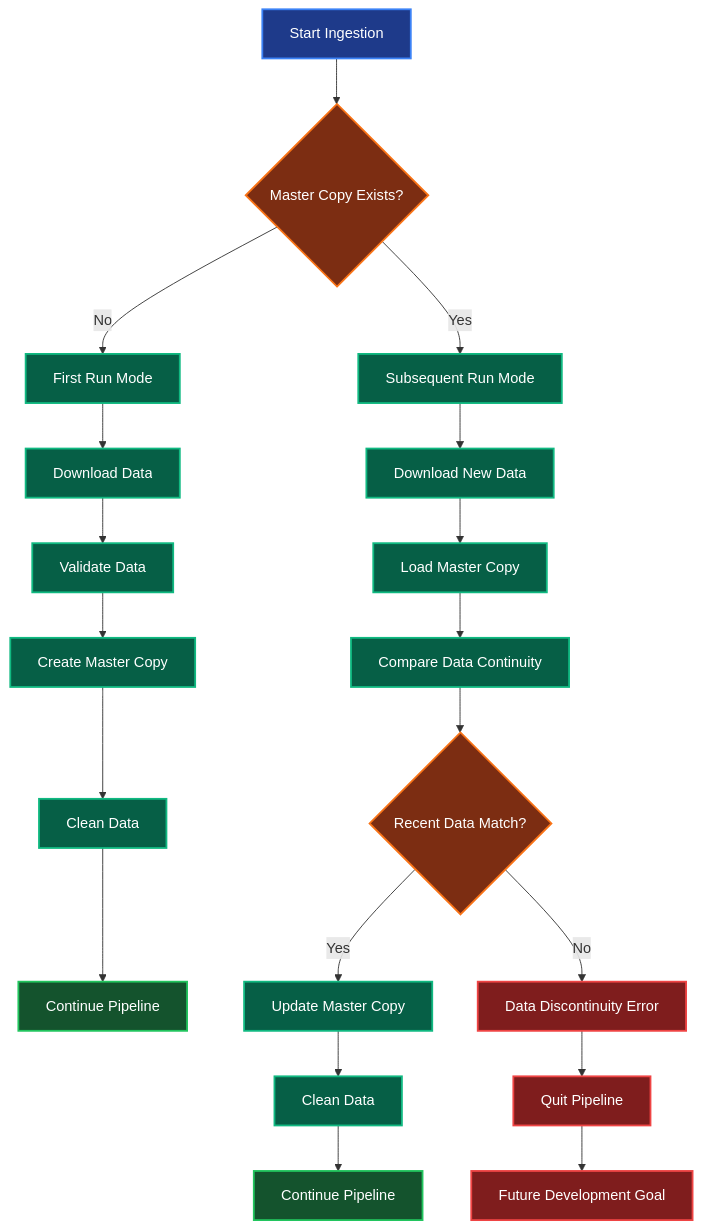
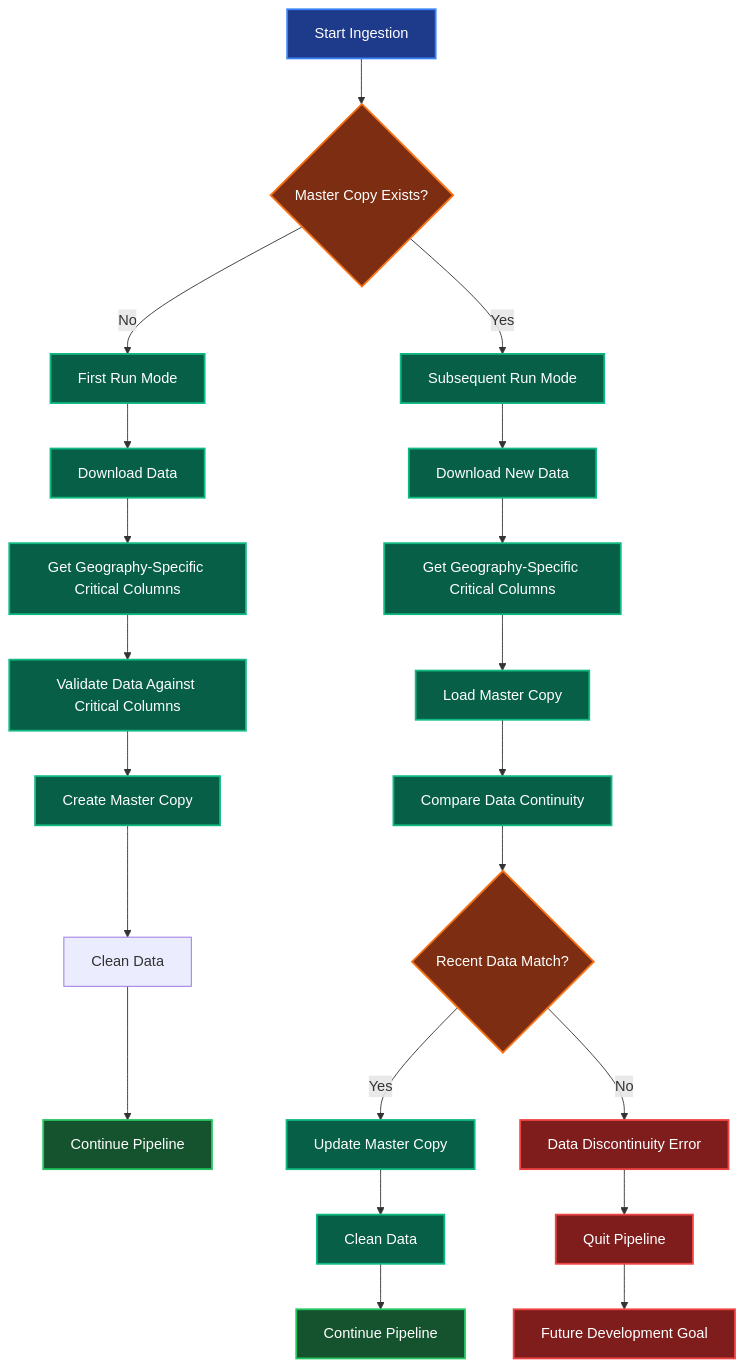
The first of 8 diagrams in WORKFLOW_DIAGRAM.md (RobertJStewart/RE), drawn with Mermaid before and after one commit. The commit also changed other lines of this file and 6 other files, not shown here.

First line of the commit message:
feat: implement dynamic critical columns for geography-specific validation

````diff
--- a/WORKFLOW_DIAGRAM.md
+++ b/WORKFLOW_DIAGRAM.md
@@ -5,43 +5,45 @@
 ```mermaid
 graph TB
     %% Enhanced Data Ingestion Flow
     A[Start Ingestion] --> B{Master Copy Exists?}
     
     %% First Run Path
     B -->|No| C[First Run Mode]
     C --> D[Download Data]
-    D --> E[Validate Data]
-    E --> F[Create Master Copy]
-    F --> G[Clean Data]
-    G --> H[Continue Pipeline]
+    D --> E[Get Geography-Specific Critical Columns]
+    E --> F[Validate Data Against Critical Columns]
+    F --> G[Create Master Copy]
+    G --> H[Clean Data]
+    H --> I[Continue Pipeline]
     
     %% Subsequent Run Path
-    B -->|Yes| I[Subsequent Run Mode]
-    I --> J[Download New Data]
-    J --> K[Load Master Copy]
-    K --> L[Compare Data Continuity]
-    L --> M{Recent Data Match?}
+    B -->|Yes| J[Subsequent Run Mode]
+    J --> K[Download New Data]
+    K --> L[Get Geography-Specific Critical Columns]
+    L --> M[Load Master Copy]
+    M --> N[Compare Data Continuity]
+    N --> O{Recent Data Match?}
     
     %% Continuity Validation
-    M -->|Yes| N[Update Master Copy]
-    M -->|No| O[Data Discontinuity Error]
-    O --> P[Quit Pipeline]
-    P --> Q[Future Development Goal]
+    O -->|Yes| P[Update Master Copy]
+    O -->|No| Q[Data Discontinuity Error]
+    Q --> R[Quit Pipeline]
+    R --> S[Future Development Goal]
     
     %% Success Path
-    N --> R[Clean Data]
-    R --> S[Continue Pipeline]
+    P --> T[Clean Data]
+    T --> U[Continue Pipeline]
     
     %% Styling - Optimized for dark backgrounds
     classDef entry fill:#1e3a8a,stroke:#3b82f6,stroke-width:2px,color:#ffffff
     classDef process fill:#065f46,stroke:#10b981,stroke-width:2px,color:#ffffff
     classDef decision fill:#7c2d12,stroke:#f97316,stroke-width:2px,color:#ffffff
     classDef error fill:#7f1d1d,stroke:#ef4444,stroke-width:2px,color:#ffffff
     classDef success fill:#14532d,stroke:#22c55e,stroke-width:2px,color:#ffffff
     
     class A entry
-    class B,M decision
-    class C,D,E,F,G,I,J,K,L,N,R process
-    class O,P,Q error
-    class H,S success
+    class B,O decision
+    class C,D,E,F,G,J,K,L,M,N,P,T process
+    class Q,R,S error
+    class I,U success
 ```
````
